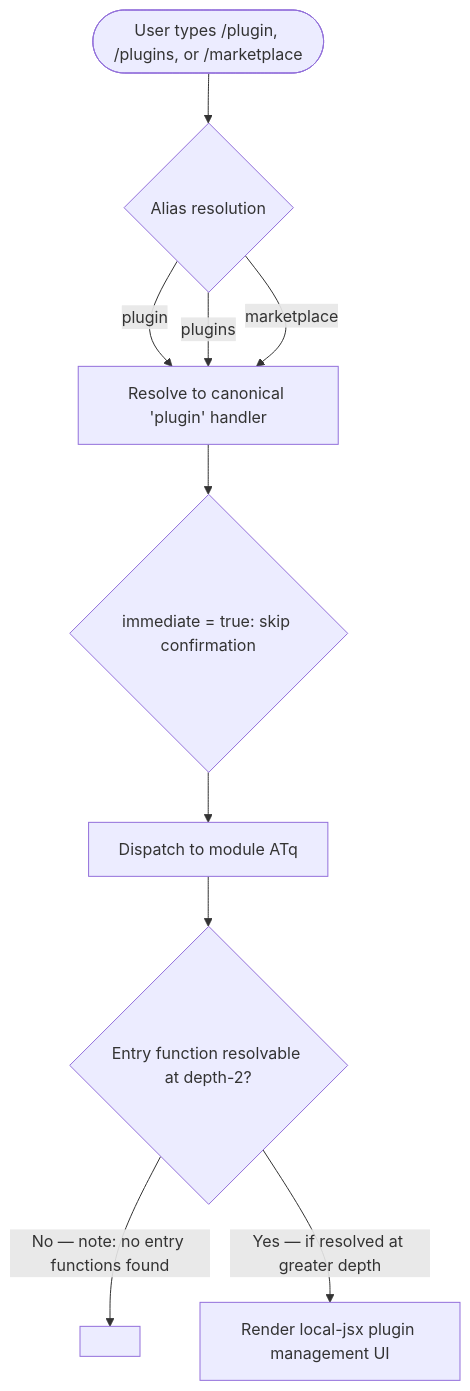
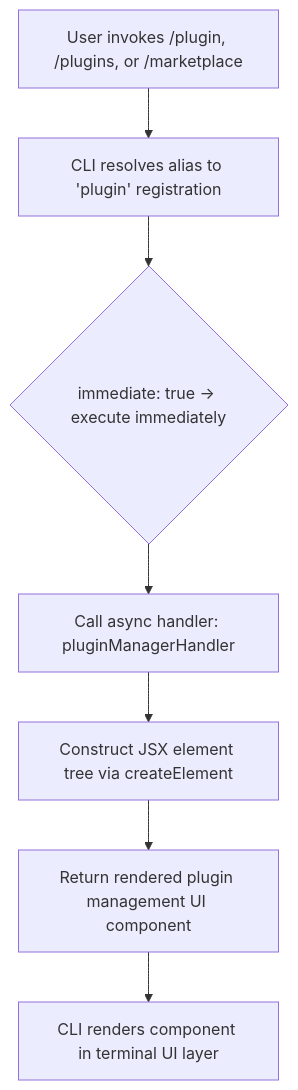
One commit to MyLittleLuckyDog/cc-gnothi changed the diagram in versions/v2.1.144/plugin.md. Above: the diagram before and after it, drawn with Mermaid. The commit also changed other lines of this file and 483 other files, not shown here.

````diff
--- a/versions/v2.1.144/plugin.md
+++ b/versions/v2.1.144/plugin.md
@@ -47,12 +63,9 @@
 ```mermaid
 flowchart TD
-    A([User types /plugin, /plugins, or /marketplace]) --> B{Alias resolution}
-    B -->|plugin| C[Resolve to canonical 'plugin' handler]
-    B -->|plugins| C
-    B -->|marketplace| C
-    C --> D{immediate = true: skip confirmation}
-    D --> E[Dispatch to module ATq]
-    E --> F{Entry function resolvable at depth-2?}
-    F -->|No — note: no entry functions found| G[<!-- TODO: not found in depth-2 traversal; needs --depth 4 -->]
-    F -->|Yes — if resolved at greater depth| H[Render local-jsx plugin management UI]
+    A[User invokes /plugin, /plugins, or /marketplace] --> B[CLI resolves alias to 'plugin' registration]
+    B --> C{immediate: true → execute immediately}
+    C --> D[Call async handler: pluginManagerHandler]
+    D --> E[Construct JSX element tree via createElement]
+    E --> F[Return rendered plugin management UI component]
+    F --> G[CLI renders component in terminal UI layer]
 ```
````
